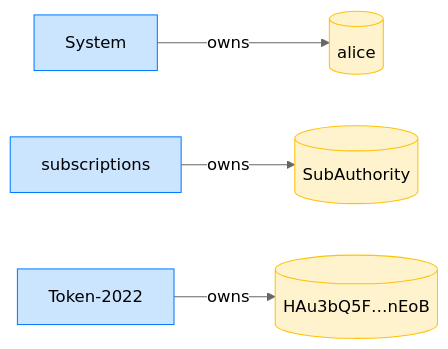
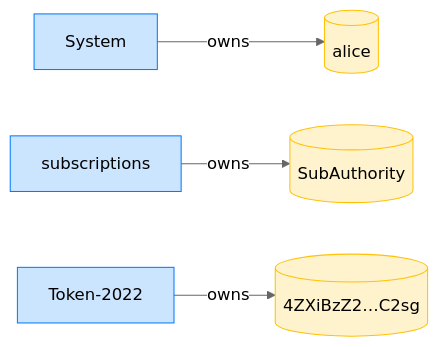
The fourth of 4 diagrams in dsl_tests/allow-a-mutable-inactive-transfer-hook.md (cds-rs/subscriptions), drawn with Mermaid (neutral theme) before and after one commit. The commit also changed other lines of this file and 224 other files, not shown here.

````diff
--- a/dsl_tests/allow-a-mutable-inactive-transfer-hook.md
+++ b/dsl_tests/allow-a-mutable-inactive-transfer-hook.md
@@ -73,14 +78,14 @@
 ```mermaid
 flowchart LR
     classDef owner fill:#cce5ff,stroke:#007bff;
     classDef account fill:#fff3cd,stroke:#ffc107;
     System[System]:::owner
     alice[(alice)]:::account
     subscriptions[subscriptions]:::owner
     SubAuthority[(SubAuthority)]:::account
     Token_2022["Token-2022"]:::owner
-    HAu3bQ5F_nEoB[("HAu3bQ5F…nEoB")]:::account
+    4ZXiBzZ2_C2sg[("4ZXiBzZ2…C2sg")]:::account
     System -->|owns| alice
     subscriptions -->|owns| SubAuthority
-    Token_2022 -->|owns| HAu3bQ5F_nEoB
+    Token_2022 -->|owns| 4ZXiBzZ2_C2sg
 ```
````
